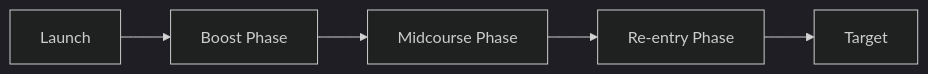
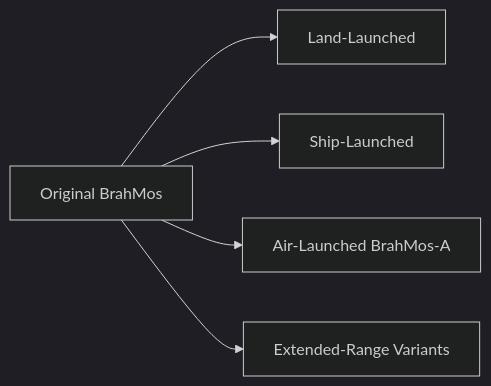
One commit to abhijitxroy/india changed the fourth of 7 diagrams in 05-security/01-defence/strategic/strategic-missiles.md. Above: the diagram before and after it, drawn with Mermaid (dark theme). The commit also changed other lines of this file and 12 other files, not shown here.

````diff
--- a/05-security/01-defence/strategic/strategic-missiles.md
+++ b/05-security/01-defence/strategic/strategic-missiles.md
@@ -109,13 +383,9 @@
 ```mermaid
 flowchart LR
-    Launch[Launch]
-    Boost[Boost Phase]
-    Midcourse[Midcourse Phase]
-    Reentry[Re-entry Phase]
-    Target[Target]
+    BrahMos[Original BrahMos]
 
-    Launch --> Boost
-    Boost --> Midcourse
-    Midcourse --> Reentry
-    Reentry --> Target
+    BrahMos --> Land[Land-Launched]
+    BrahMos --> Naval[Ship-Launched]
+    BrahMos --> Air[Air-Launched BrahMos-A]
+    BrahMos --> ExtendedRange[Extended-Range Variants]
 ```
````
